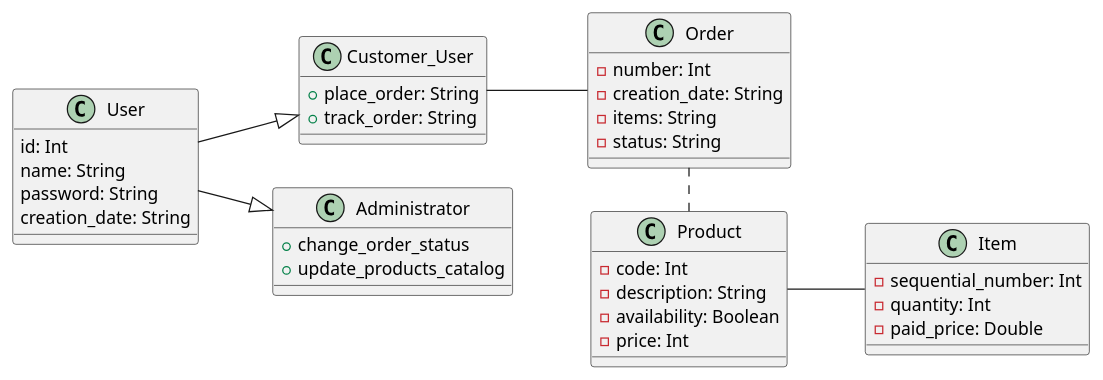
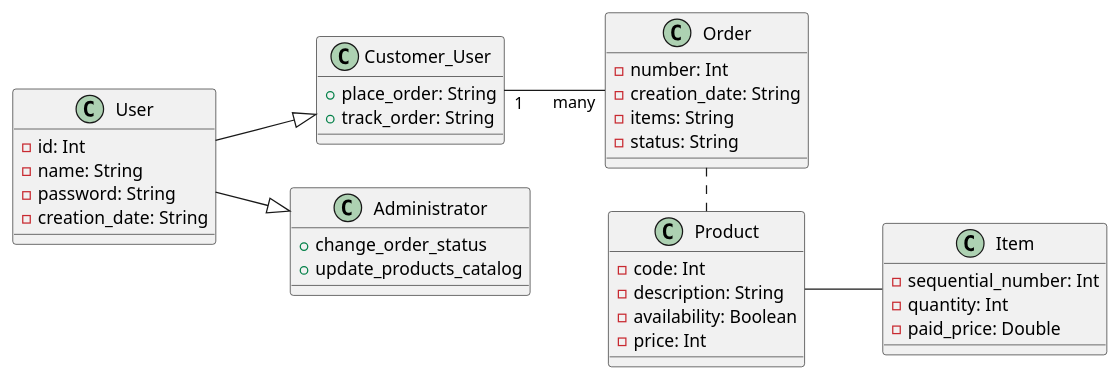
One commit to Kylertk21/SolSystems changed the diagram in uml/class.wsd. Above: the diagram before and after it, drawn with PlantUML.

Commit message:
slight changes to class.wsd

```diff
--- a/uml/class.wsd
+++ b/uml/class.wsd
@@ -1,47 +1,47 @@
 @startuml design
 
 left to right direction
 
 class User{
-    id: Int
-    name: String
-    password: String
-    creation_date: String
+    -id: Int
+    -name: String
+    -password: String
+    -creation_date: String
 }
 
 class Customer_User{
     +place_order: String
     +track_order: String
 }
 
 class Product{
     -code: Int
     -description: String
     -availability: Boolean
     -price: Int
 }
 
 class Order{
     -number: Int
     -creation_date: String
     -items: String
     -status: String
 }
 
 class Item{
     -sequential_number: Int
     -quantity: Int
     -paid_price: Double 
 }
 
 class Administrator{
     +change_order_status
     +update_products_catalog
 }
 
 User --|> Customer_User
 User --|> Administrator 
-Customer_User -- Order
+Customer_User "1"--"many" Order
 Product -- Item
 Order . Product 
 @enduml
```
